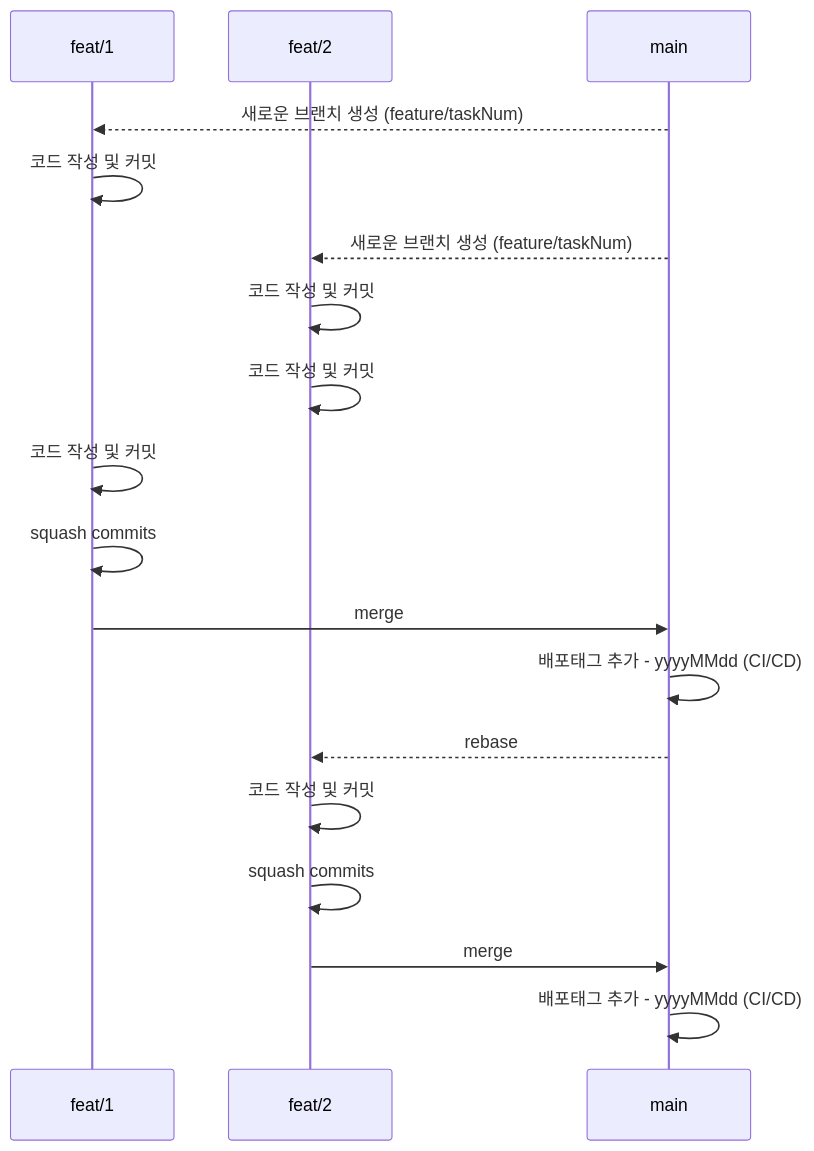
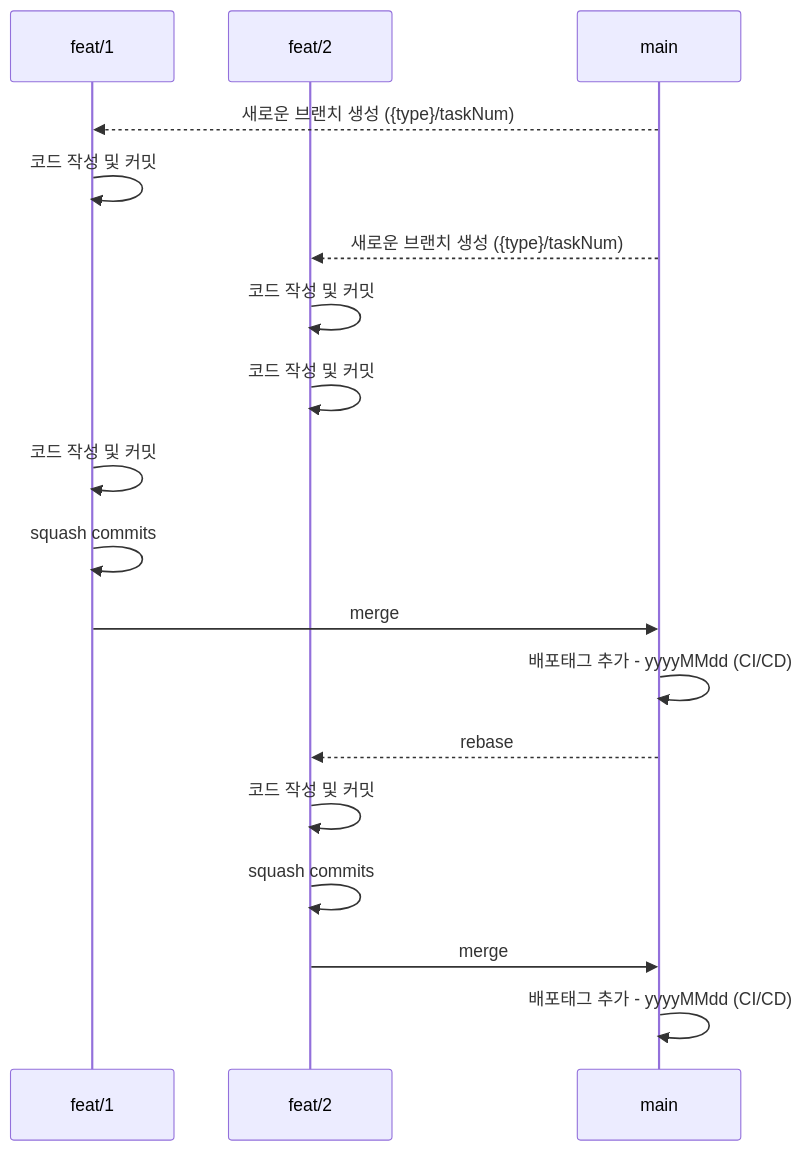
Before and after one commit to eul-lab/.github: the diagram in docs/협업전략.md, drawn with Mermaid.

````diff
--- a/docs/협업전략.md
+++ b/docs/협업전략.md
@@ -13,21 +13,21 @@
 ```mermaid
 sequenceDiagram
     participant feat/1
     participant feat/2
     participant main
 
-    main-->>feat/1: 새로운 브랜치 생성 (feature/taskNum)
+    main-->>feat/1: 새로운 브랜치 생성 ({type}/taskNum)
     feat/1->>feat/1: 코드 작성 및 커밋
-    main-->>feat/2: 새로운 브랜치 생성 (feature/taskNum)
+    main-->>feat/2: 새로운 브랜치 생성 ({type}/taskNum)
     feat/2->>feat/2: 코드 작성 및 커밋
     feat/2->>feat/2: 코드 작성 및 커밋
     feat/1->>feat/1: 코드 작성 및 커밋
     feat/1->>feat/1: squash commits
     feat/1->>main: merge
     main->>main: 배포태그 추가 - yyyyMMdd (CI/CD)
     main-->>feat/2: rebase
     feat/2->>feat/2: 코드 작성 및 커밋
     feat/2->>feat/2: squash commits
     feat/2->>main: merge
     main->>main: 배포태그 추가 - yyyyMMdd (CI/CD)
 ```
````
